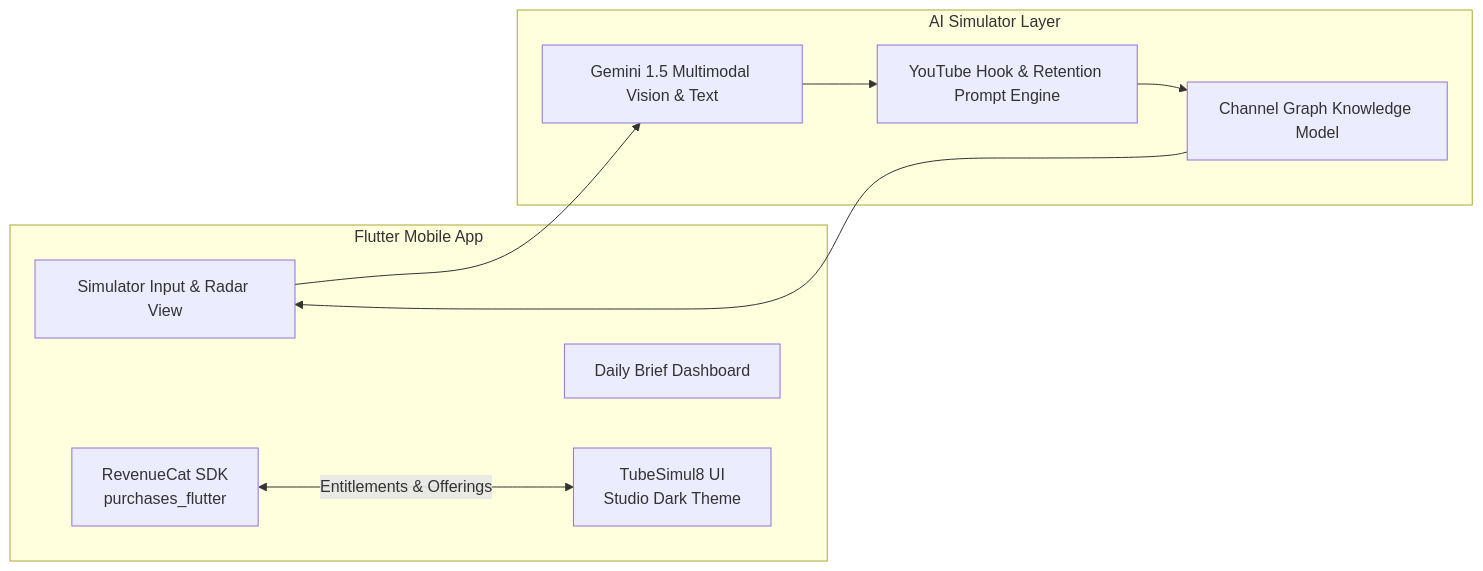
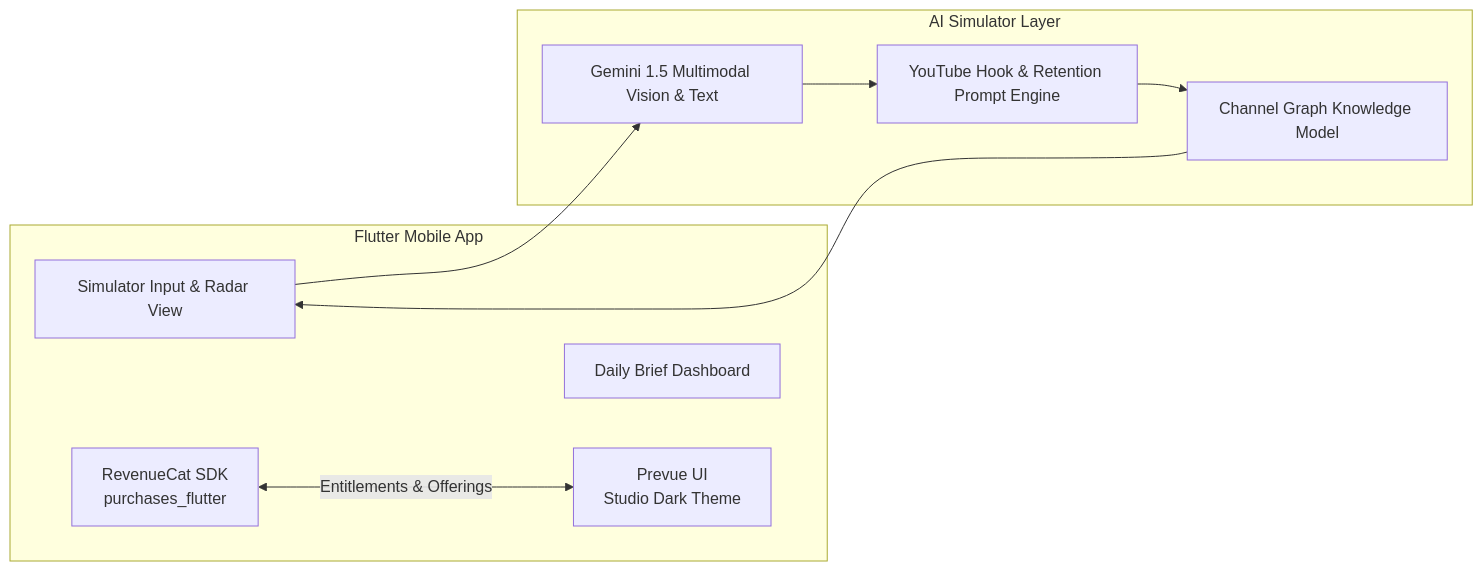
The third of 3 diagrams in PRD_YouTube_Creator_Intelligence.md (Uday-kiran9147/shipathon_hackathon), drawn with Mermaid before and after one commit. The commit also changed other lines of this file and 11 other files, not shown here.

````diff
--- a/PRD_YouTube_Creator_Intelligence.md
+++ b/PRD_YouTube_Creator_Intelligence.md
@@ -141,21 +141,21 @@
 ```mermaid
 graph LR
     subgraph Client [Flutter Mobile App]
-        A[TubeSimul8 UI<br/>Studio Dark Theme]
+        A[Prevue UI<br/>Studio Dark Theme]
         B[Daily Brief Dashboard]
         C[Simulator Input & Radar View]
         D[RevenueCat SDK<br/>purchases_flutter]
     end
 
     subgraph Intelligence [AI Simulator Layer]
         E[Gemini 1.5 Multimodal Vision & Text]
         F[YouTube Hook & Retention Prompt Engine]
         G[Channel Graph Knowledge Model]
     end
 
     C --> E
     E --> F
     F --> G
     G --> C
     D <--> |Entitlements & Offerings| A
 ```
````
